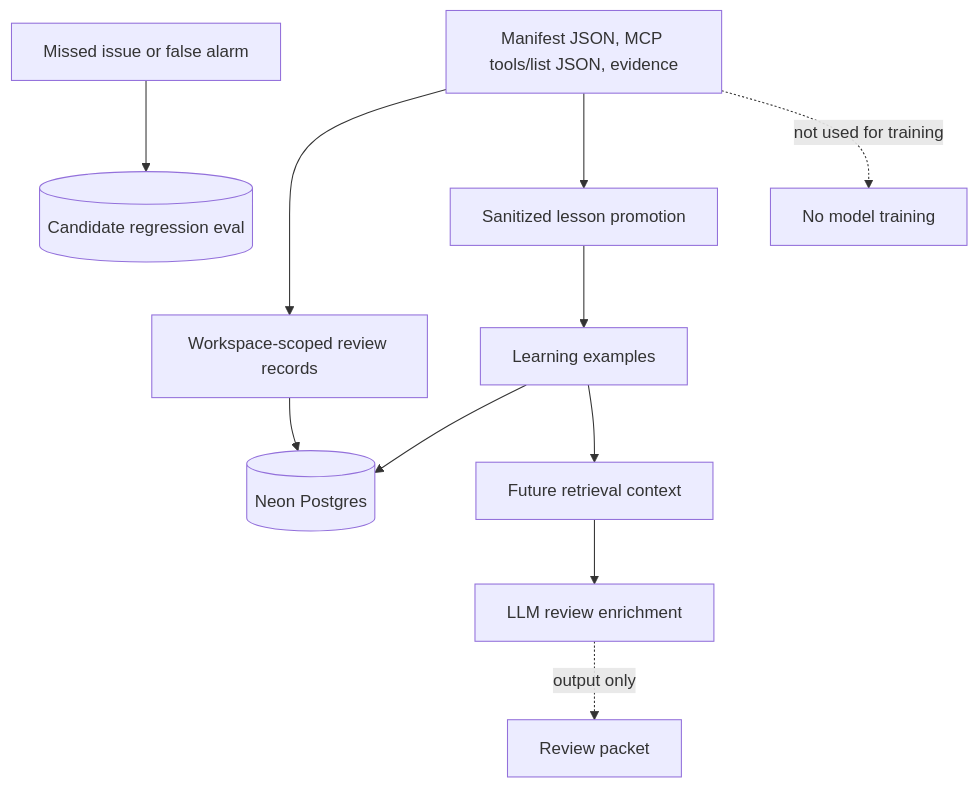
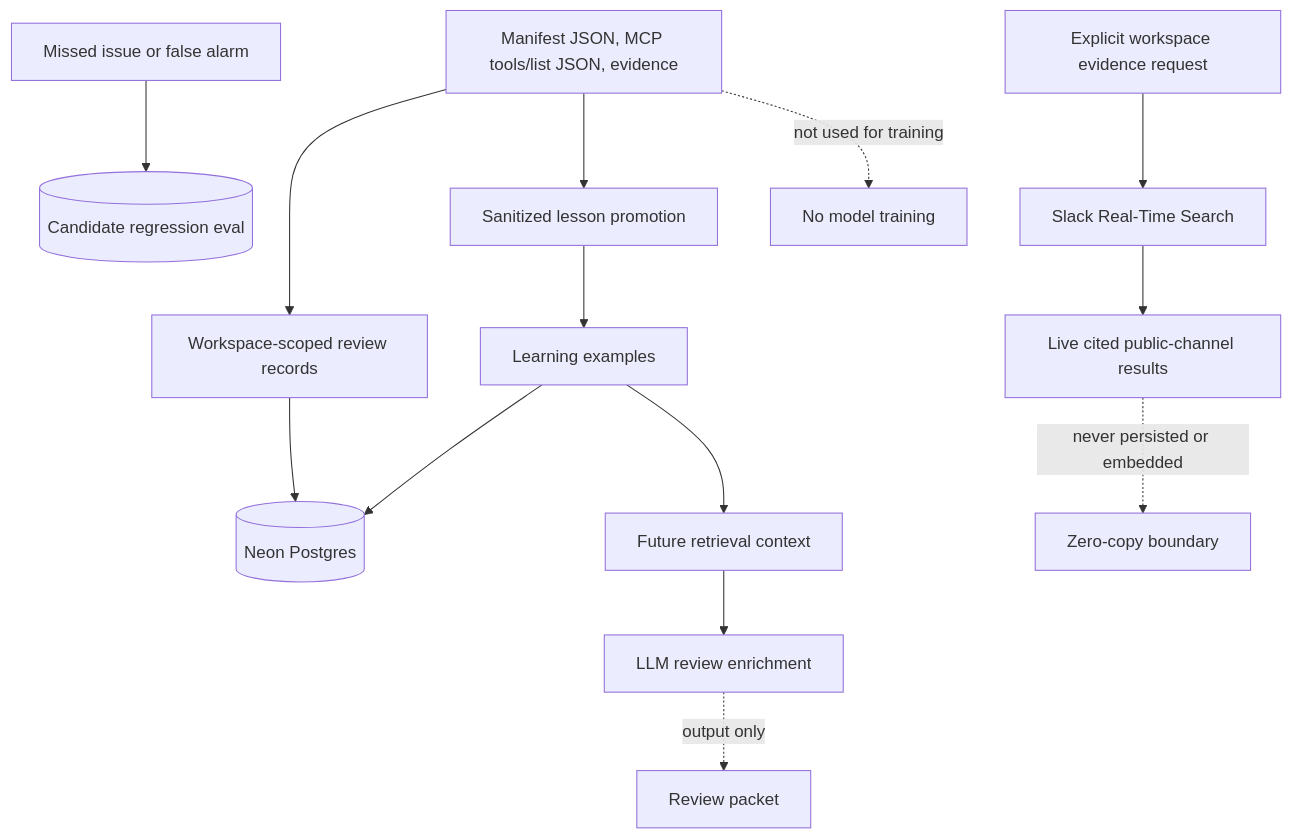
Before and after one commit to N-45div/SecureLore: the third of 5 diagrams in ARCHITECTURE.md, drawn with Mermaid. The commit also changed other lines of this file and 10 other files, not shown here.

Commit message:
feat: add zero-copy Slack RTS evidence scout

````diff
--- a/ARCHITECTURE.md
+++ b/ARCHITECTURE.md
@@ -57,13 +60,16 @@
 ```mermaid
 flowchart TB
   Inputs[Manifest JSON, MCP tools/list JSON, evidence] --> ReviewData[Workspace-scoped review records]
   ReviewData --> Neon[(Neon Postgres)]
   Inputs --> Redaction[Sanitized lesson promotion]
   Redaction --> Learned[Learning examples]
   Learned --> Neon
   Learned --> Retrieval[Future retrieval context]
   Feedback[Missed issue or false alarm] --> Eval[(Candidate regression eval)]
   Retrieval --> LLM[LLM review enrichment]
   Inputs -. not used for training .-> NoTraining[No model training]
   LLM -. output only .-> ReviewPacket[Review packet]
+  UserQuery[Explicit workspace evidence request] --> RTS[Slack Real-Time Search]
+  RTS --> LiveResults[Live cited public-channel results]
+  LiveResults -. never persisted or embedded .-> NoCopy[Zero-copy boundary]
 ```
````
